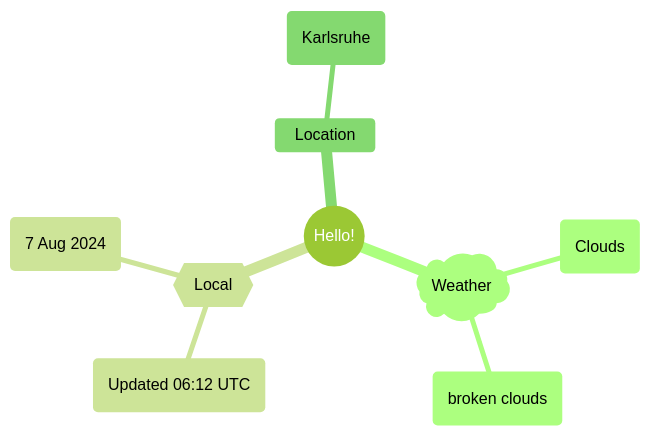
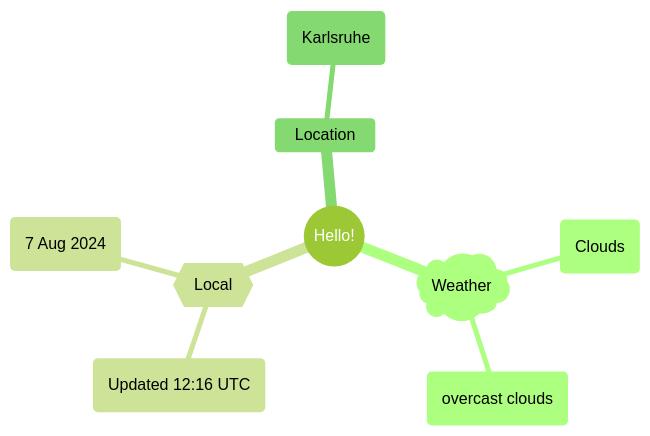
The first of 2 diagrams in README.md (Xosrov/Xosrov), drawn with Mermaid (forest theme) before and after one commit.

Commit message:
[bot] updated images

````diff
--- a/README.md
+++ b/README.md
@@ -3,12 +3,12 @@
 ```mermaid
 mindmap
   root((Hello!))
     )Weather(
         (Clouds)
-        (broken clouds)
+        (overcast clouds)
     {{Local}}
-        (Updated 06:12 UTC)
+        (Updated 12:16 UTC)
         (7 Aug 2024)
     Location
         (Karlsruhe)
 ```
````
